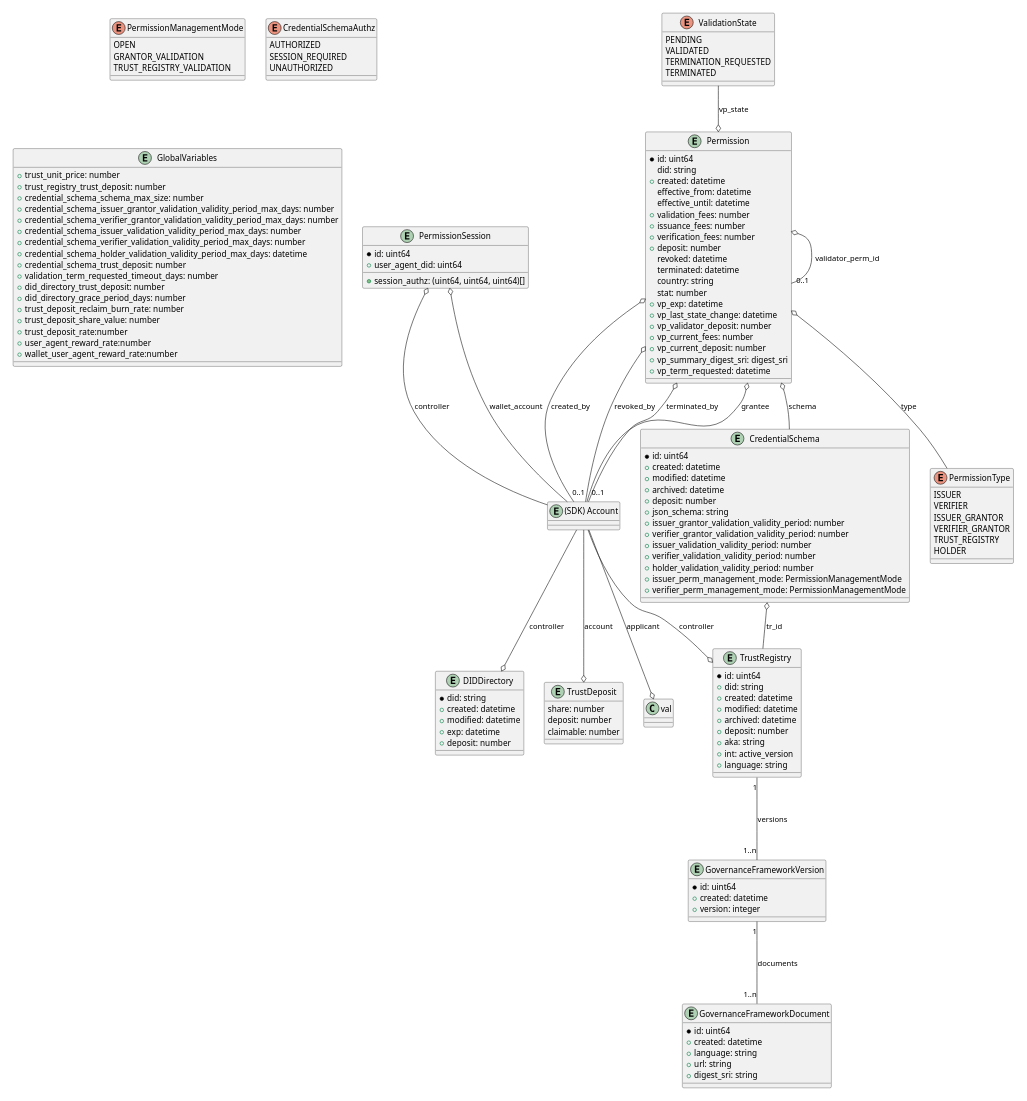
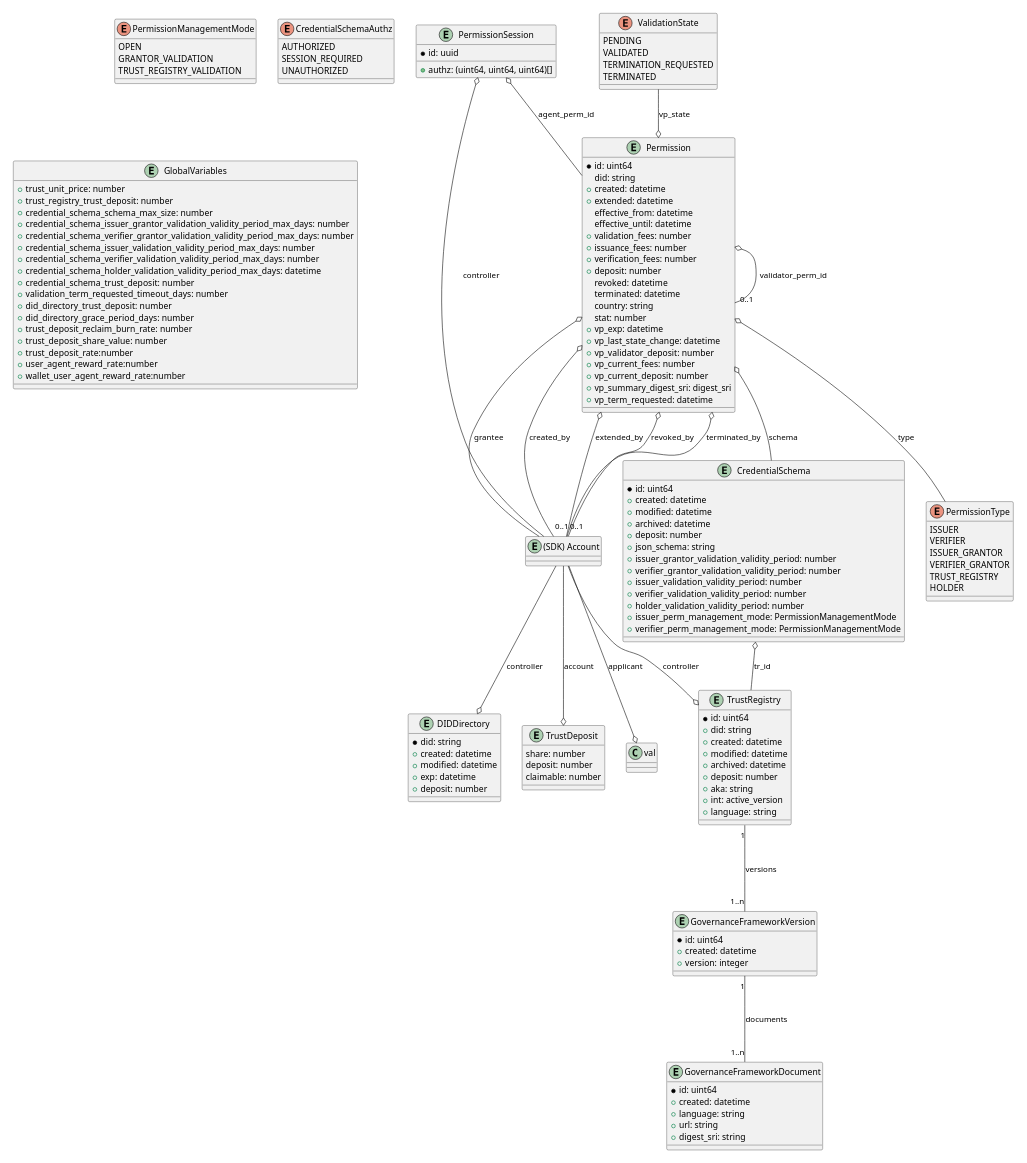
Before and after one commit to verana-labs/verifiable-trust-vpr-spec: the sixth of 12 diagrams in spec.md, drawn with PlantUML. The commit also changed other lines of this file, not shown here.

```diff
--- a/spec.md
+++ b/spec.md
@@ -704,6 +704,7 @@
   *id: uint64
   did: string
   +created: datetime
+  +extended: datetime
   effective_from: datetime
   effective_until: datetime
   +validation_fees: number
@@ -731,9 +732,8 @@
 }
 
 entity "PermissionSession" as csps {
-  *id: uint64
-  +user_agent_did: uint64
-  +session_authz: (uint64, uint64, uint64)[]
+  *id: uuid
+  +authz: (uint64, uint64, uint64)[]
 }
 
 enum "PermissionType" as cspt {
@@ -797,11 +797,12 @@
 account --o tr: controller
 account --o csp: grantee
 account --o csp: created_by
+account --o csp: extended_by
 csp o-- "0..1" account: revoked_by
 csp o-- "0..1" account: terminated_by
 
 csps o-- account: controller
-csps o-- account: wallet_account
+csps o-- csp: agent_perm_id
 account --o did: controller
 account --o val: applicant
 valstate --o csp: vp_state
```
